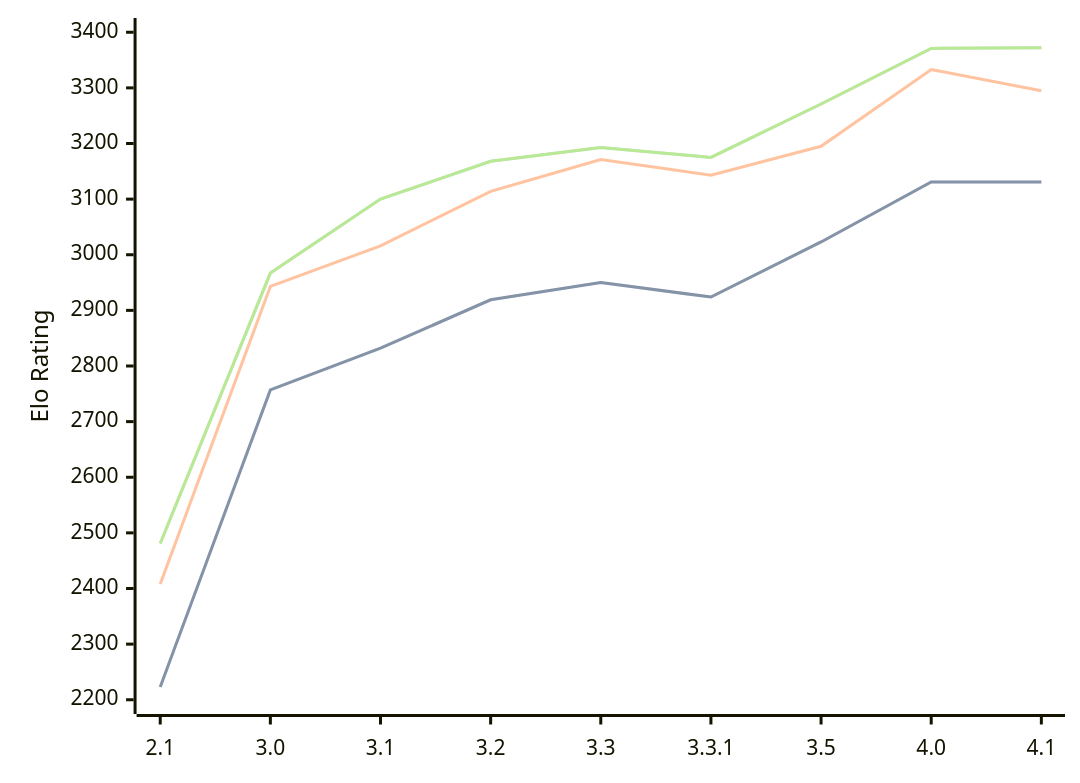
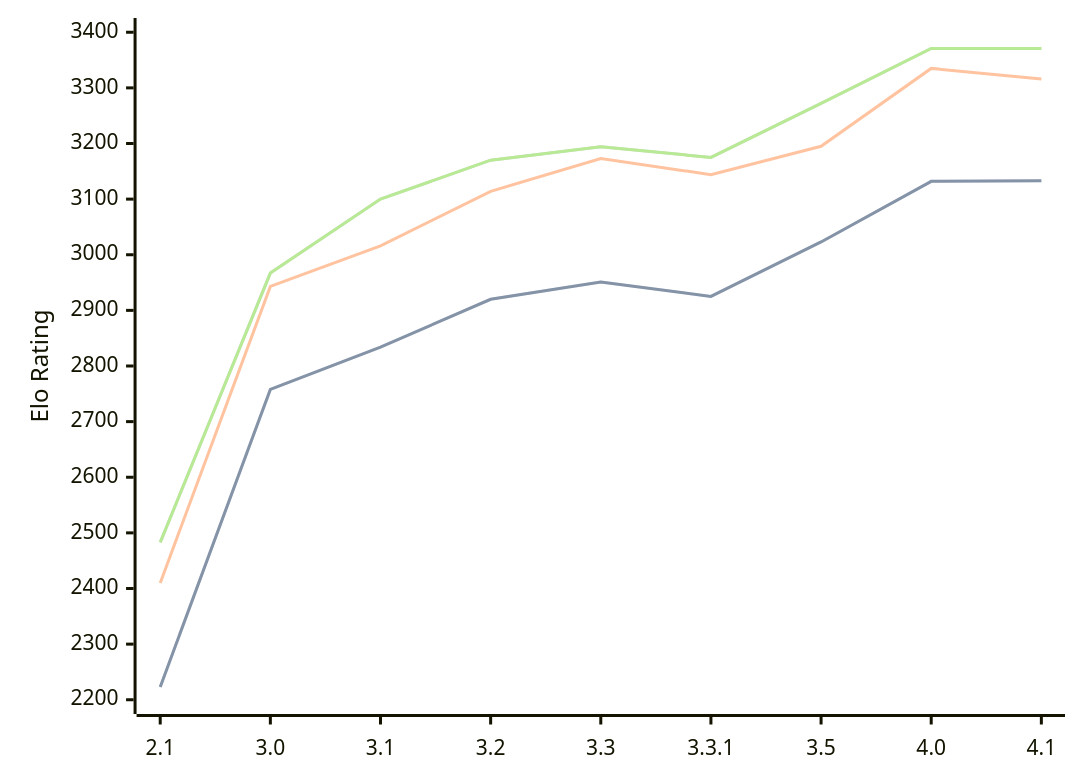
Before and after one commit to computer-chess-index/cci: the diagram in engines/Petrel.md, drawn with Mermaid. The commit also changed other lines of this file, not shown here.

Commit message:
Update CCI Ratings (ELO VLTC) - 2026-09-13

````diff
--- a/engines/Petrel.md
+++ b/engines/Petrel.md
@@ -39,11 +39,11 @@
 ```mermaid
 %%{init: {"theme":"base","themeVariables":{"seriesColors:['#a3a3a3','#222221','#faa371']}}}%%
 xychart-beta
   x-axis ["2.1", "3.0", "3.1", "3.2", "3.3", "3.3.1", "3.5", "4.0", "4.1"]
   y-axis "Elo Rating" 2200 --> 3400
-  line "" [2223, 2757, 2832, 2919, 2950, 2924, 3023, 3131, 3131]
-  line "STC (8.0+0.08s)" [2223, 2757, 2832, 2919, 2950, 2924, 3023, 3131, 3131]
-  line "LTC (60.0+0.60s)" [2408, 2943, 3016, 3114, 3171, 3143, 3195, 3333, 3295]
-  line "" [2481, 2967, 3100, 3168, 3193, 3175, 3271, 3371, 3372]
-  line "VLTC (2m24s+1.12s)" [2481, 2967, 3100, 3168, 3193, 3175, 3271, 3371, 3372]
+  line "" [2223, 2758, 2834, 2920, 2951, 2925, 3023, 3132, 3133]
+  line "STC (8.0+0.08s)" [2223, 2758, 2834, 2920, 2951, 2925, 3023, 3132, 3133]
+  line "LTC (60.0+0.60s)" [2410, 2943, 3016, 3114, 3173, 3144, 3195, 3335, 3316]
+  line "" [2483, 2967, 3100, 3170, 3194, 3175, 3272, 3371, 3371]
+  line "VLTC (2m24s+1.12s)" [2483, 2967, 3100, 3170, 3194, 3175, 3272, 3371, 3371]
 ```
````
